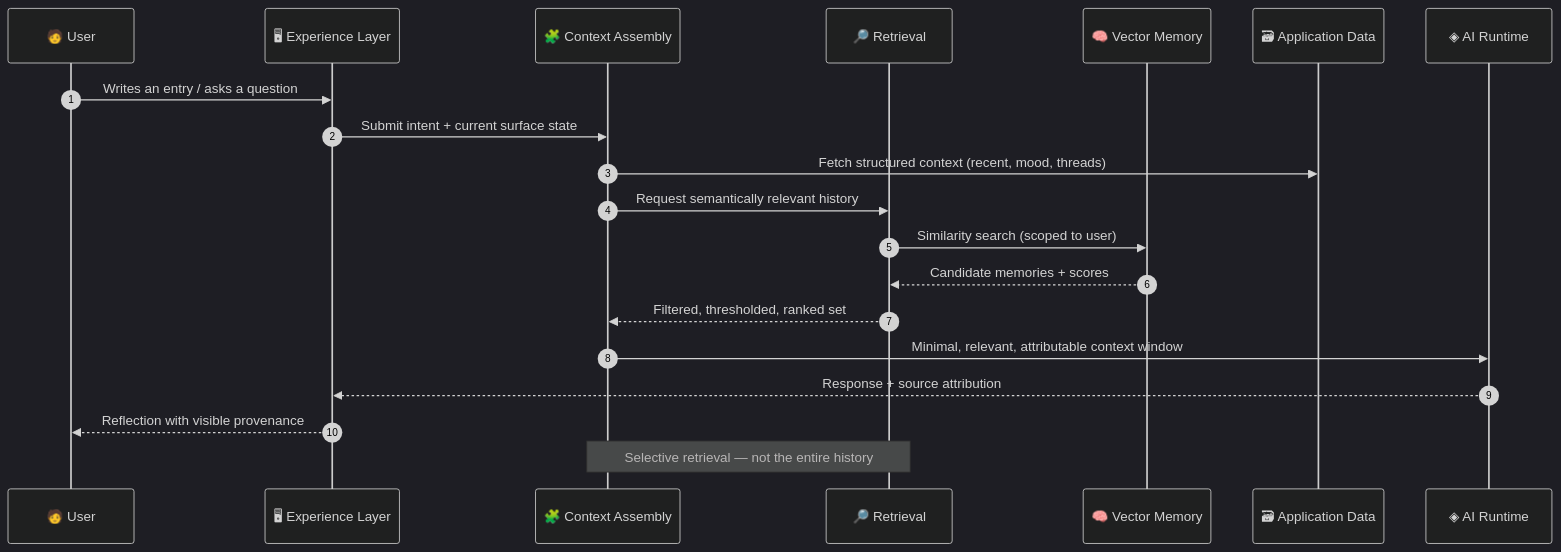
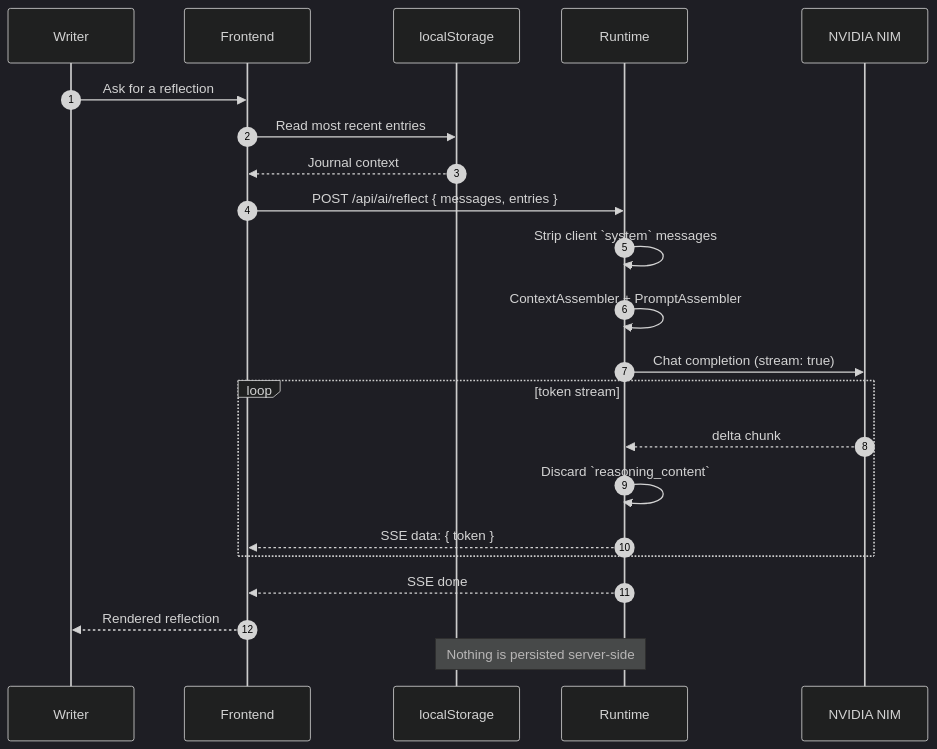
The second of 2 diagrams in README.md (datascyther/Jouspace), drawn with Mermaid (dark theme) before and after one commit. The commit also changed other lines of this file, not shown here.

````diff
--- a/README.md
+++ b/README.md
@@ -453,23 +311,25 @@
 ```mermaid
 sequenceDiagram
     autonumber
-    participant U as 🧑 User
-    participant UI as 🖥 Experience Layer
-    participant CA as 🧩 Context Assembly
-    participant RT as 🔎 Retrieval
-    participant VDB as 🧠 Vector Memory
-    participant DB as 🗃 Application Data
-    participant AI as ◈ AI Runtime
+    participant U as Writer
+    participant F as Frontend
+    participant L as localStorage
+    participant R as Runtime
+    participant N as NVIDIA NIM
 
-    U->>UI: Writes an entry / asks a question
-    UI->>CA: Submit intent + current surface state
-    CA->>DB: Fetch structured context (recent, mood, threads)
-    CA->>RT: Request semantically relevant history
-    RT->>VDB: Similarity search (scoped to user)
-    VDB-->>RT: Candidate memories + scores
-    RT-->>CA: Filtered, thresholded, ranked set
-    CA->>AI: Minimal, relevant, attributable context window
-    AI-->>UI: Response + source attribution
-    UI-->>U: Reflection with visible provenance
-    Note over CA,RT: Selective retrieval — not the entire history
+    U->>F: Ask for a reflection
+    F->>L: Read most recent entries
+    L-->>F: Journal context
+    F->>R: POST /api/ai/reflect { messages, entries }
+    R->>R: Strip client `system` messages
+    R->>R: ContextAssembler + PromptAssembler
+    R->>N: Chat completion (stream: true)
+    loop token stream
+        N-->>R: delta chunk
+        R->>R: Discard `reasoning_content`
+        R-->>F: SSE data: { token }
+    end
+    R-->>F: SSE done
+    F-->>U: Rendered reflection
+    Note over L,R: Nothing is persisted server-side
 ```
````
